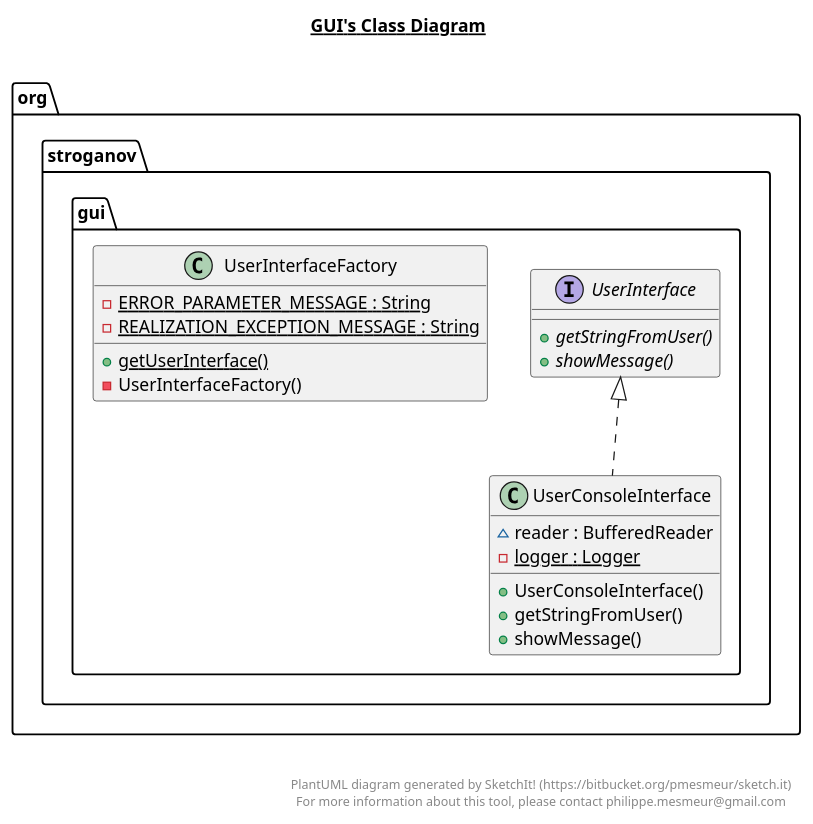
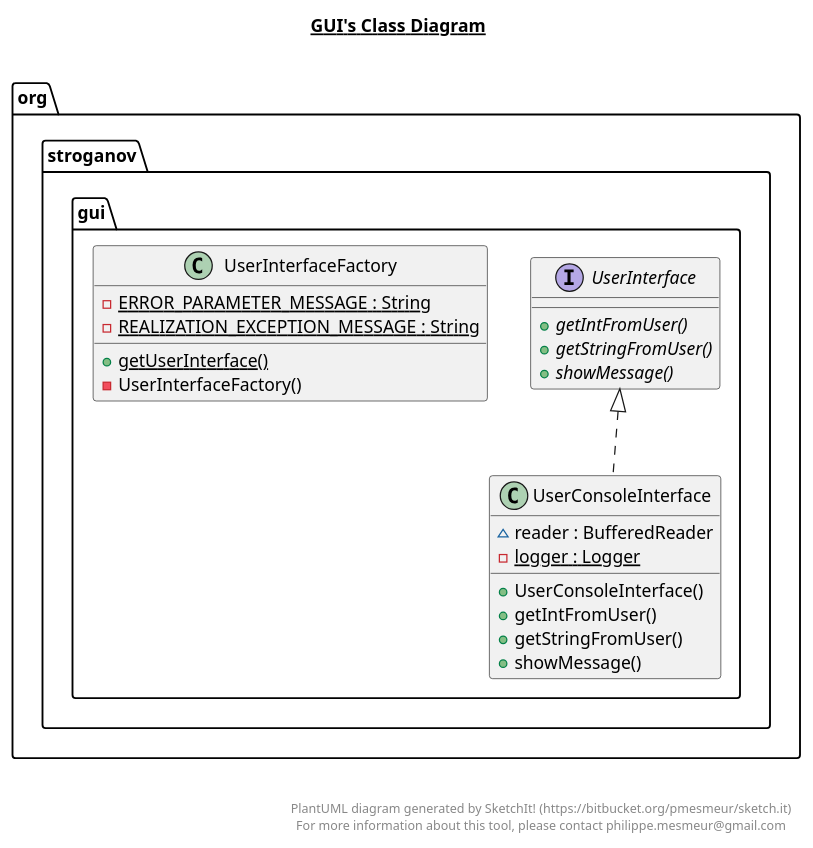
One commit to SergeyStroganoff/LibraryApp changed the diagram in src/main/java/org/stroganov/gui/gui.plantuml. Above: the diagram before and after it, drawn with PlantUML. The commit also changed 12 other files, not shown here.

```diff
--- a/src/main/java/org/stroganov/gui/gui.plantuml
+++ b/src/main/java/org/stroganov/gui/gui.plantuml
@@ -1,50 +1,52 @@
 @startuml
 
 title __GUI's Class Diagram__\n
 
   namespace org.stroganov {
     namespace gui {
       class org.stroganov.gui.UserConsoleInterface {
           ~ reader : BufferedReader
           {static} - logger : Logger
           + UserConsoleInterface()
+          + getIntFromUser()
           + getStringFromUser()
           + showMessage()
       }
     }
   }
   
 
   namespace org.stroganov {
     namespace gui {
       interface org.stroganov.gui.UserInterface {
+          {abstract} + getIntFromUser()
           {abstract} + getStringFromUser()
           {abstract} + showMessage()
       }
     }
   }
   
 
   namespace org.stroganov {
     namespace gui {
       class org.stroganov.gui.UserInterfaceFactory {
           {static} - ERROR_PARAMETER_MESSAGE : String
           {static} - REALIZATION_EXCEPTION_MESSAGE : String
           {static} + getUserInterface()
           - UserInterfaceFactory()
       }
     }
   }
   
 
   org.stroganov.gui.UserConsoleInterface .up.|> org.stroganov.gui.UserInterface
 
 
 right footer
 
 
 PlantUML diagram generated by SketchIt! (https://bitbucket.org/pmesmeur/sketch.it)
 For more information about this tool, please contact philippe.mesmeur@gmail.com
 endfooter
 
 @enduml
```
